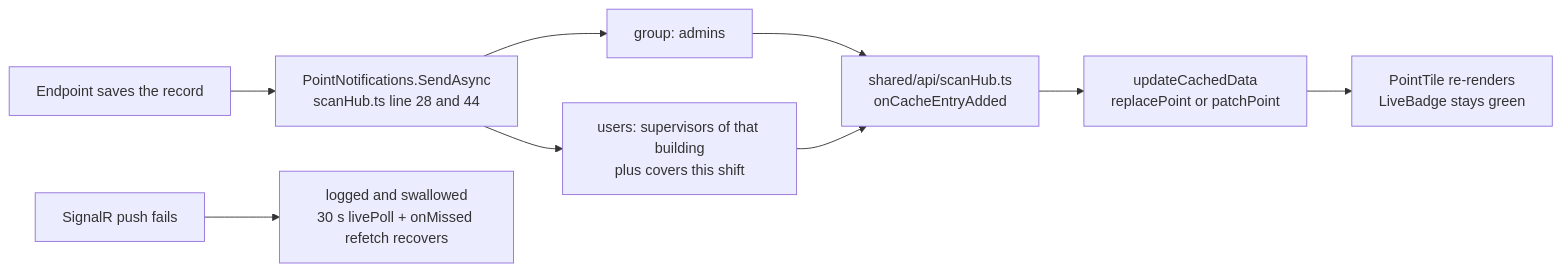
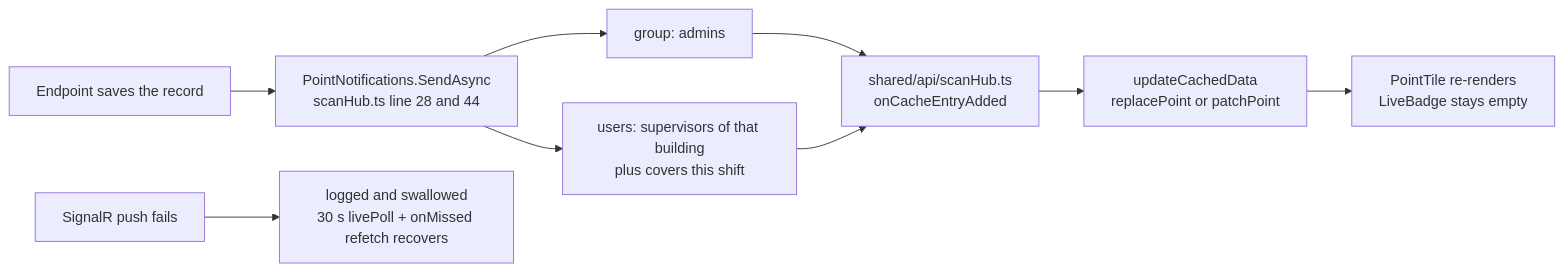
One commit to ThodsaphonSonthiphin/Facility-Real-time-dashboard changed the fifth of 7 diagrams in docs/code-map.md. Above: the diagram before and after it, drawn with Mermaid. The commit also changed other lines of this file and 8 other files, not shown here.

````diff
--- a/docs/code-map.md
+++ b/docs/code-map.md
@@ -492,11 +492,11 @@
 ```mermaid
 graph LR
     A["Endpoint saves the record"] --> B["PointNotifications.SendAsync<br/>scanHub.ts line 28 and 44"]
     B --> C["group: admins"]
     B --> D["users: supervisors of that building<br/>plus covers this shift"]
     C --> E["shared/api/scanHub.ts<br/>onCacheEntryAdded"]
     D --> E
     E --> F["updateCachedData<br/>replacePoint or patchPoint"]
-    F --> G["PointTile re-renders<br/>LiveBadge stays green"]
+    F --> G["PointTile re-renders<br/>LiveBadge stays empty"]
     H["SignalR push fails"] --> I["logged and swallowed<br/>30 s livePoll + onMissed refetch recovers"]
 ```
````
